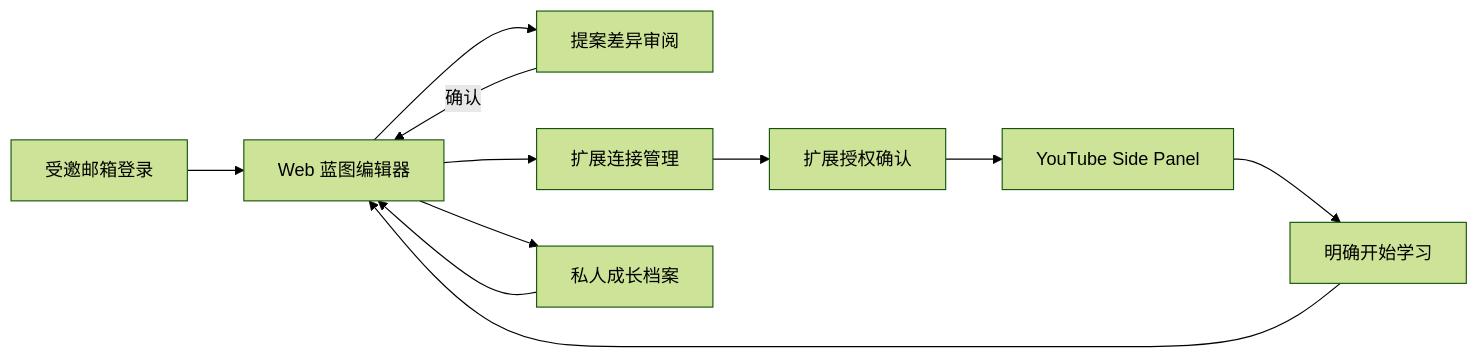
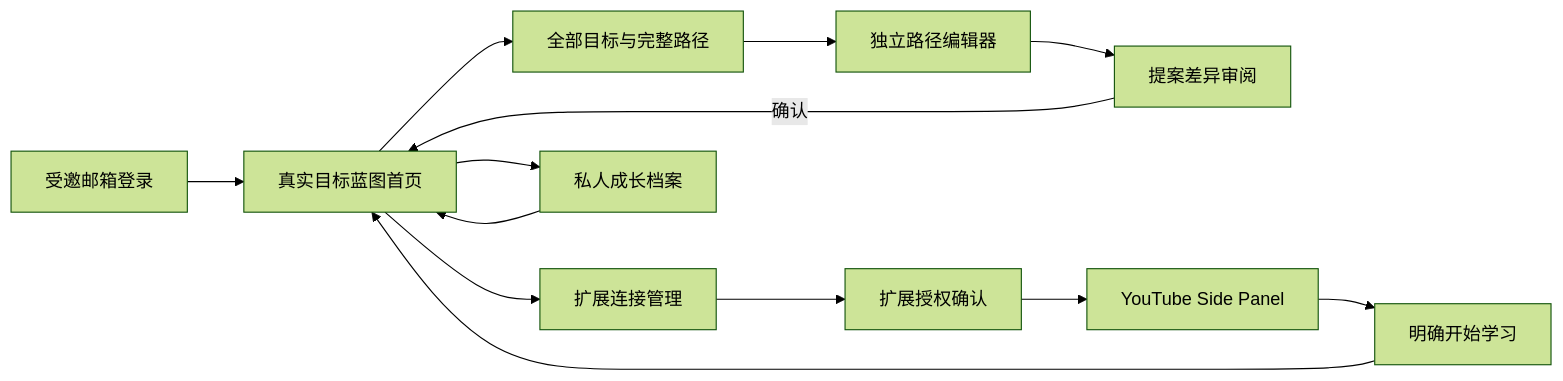
One commit to Wjiajie/youtube-digest changed the diagram in docs/ui-ux-design.md. Above: the diagram before and after it, drawn with Mermaid (forest theme). The commit also changed other lines of this file and 22 other files, not shown here.

````diff
--- a/docs/ui-ux-design.md
+++ b/docs/ui-ux-design.md
@@ -11,13 +11,15 @@
 ```mermaid
 flowchart LR
-  Login[受邀邮箱登录] --> Web[Web 蓝图编辑器]
-  Web --> Review[提案差异审阅]
+  Login[受邀邮箱登录] --> Web[真实目标蓝图首页]
+  Web --> Paths[全部目标与完整路径]
+  Paths --> Editor[独立路径编辑器]
+  Editor --> Review[提案差异审阅]
   Review -->|确认| Web
   Web --> Connections[扩展连接管理]
   Web --> Journal[私人成长档案]
   Journal --> Web
   Connections --> Consent[扩展授权确认]
   Consent --> Panel[YouTube Side Panel]
   Panel --> Session[明确开始学习]
   Session --> Web
 ```
````
